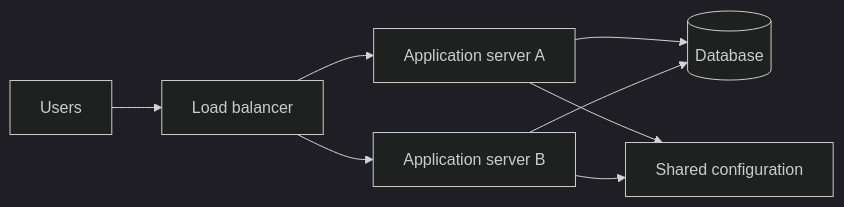
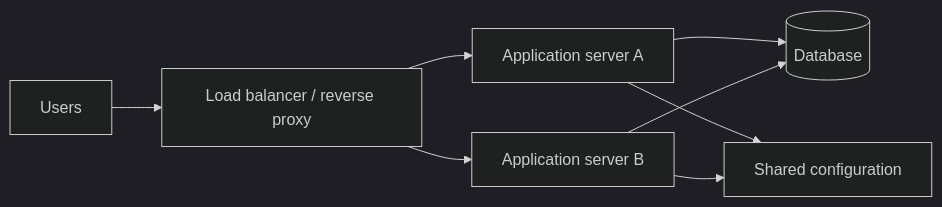
Diagram 12 of 12 in docs/PLATFORM_ARCHITECTURE_EVOLUTION.md (4sy8zwp9hz-netizen/manufacturing-software-portfolio), drawn with Mermaid (dark theme) before and after one commit. The commit also changed other lines of this file, not shown here.

````diff
--- a/docs/PLATFORM_ARCHITECTURE_EVOLUTION.md
+++ b/docs/PLATFORM_ARCHITECTURE_EVOLUTION.md
@@ -321,10 +561,10 @@
 ```mermaid
 flowchart LR
-    U[Users] --> LB[Load balancer]
+    U[Users] --> LB[Load balancer / reverse proxy]
     LB --> A[Application server A]
     LB --> B[Application server B]
     A --> DB[(Database)]
     B --> DB
     A --> CFG[Shared configuration]
     B --> CFG
 ```
````
